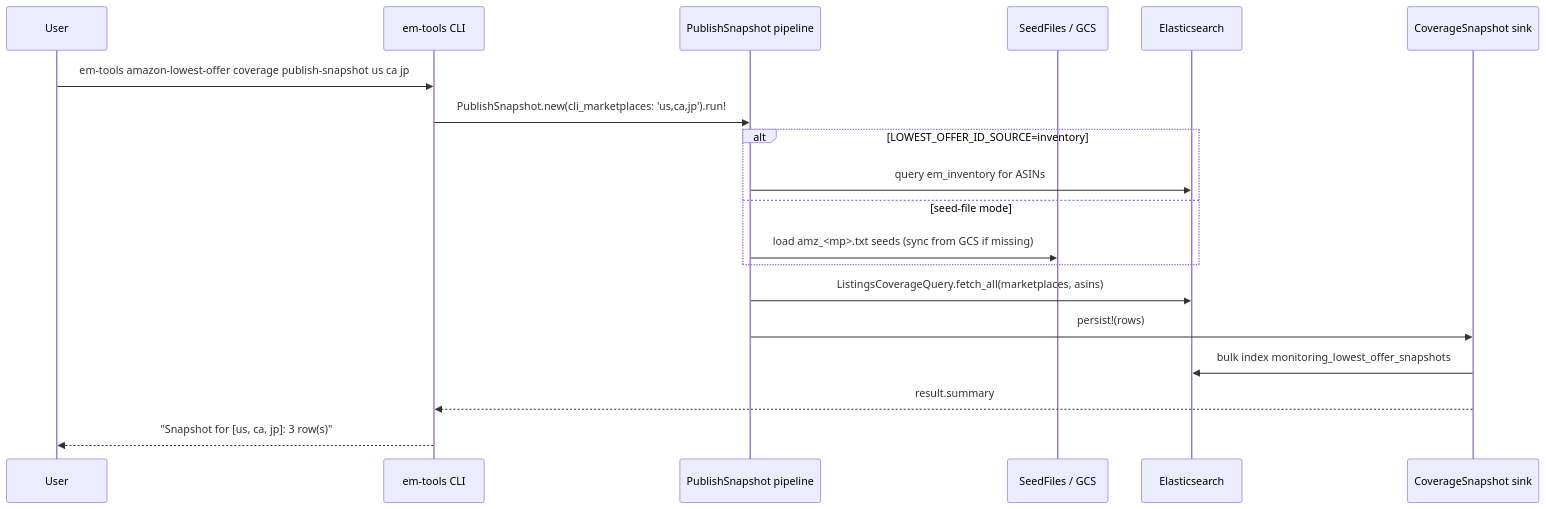
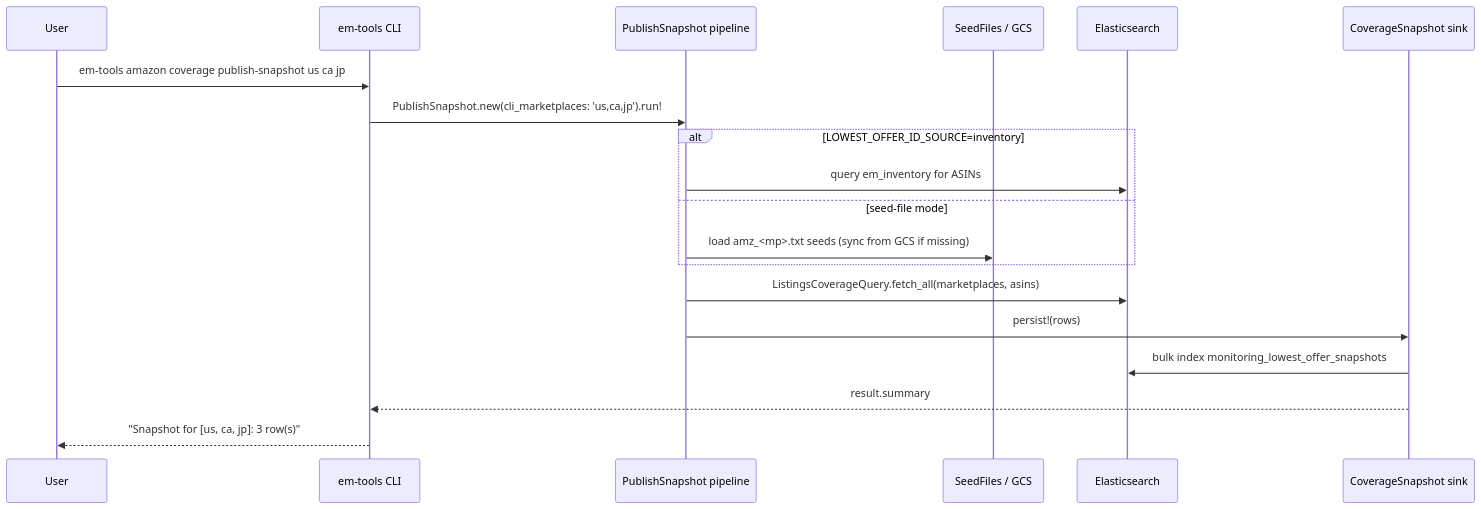
The third of 3 diagrams in docs/OVERVIEW.md (AriseshineSky/em-tools), drawn with Mermaid before and after one commit. The commit also changed other lines of this file and 184 other files, not shown here.

````diff
--- a/docs/OVERVIEW.md
+++ b/docs/OVERVIEW.md
@@ -143,22 +141,22 @@
 ```mermaid
 sequenceDiagram
     participant U as User
     participant CLI as em-tools CLI
     participant P as PublishSnapshot pipeline
     participant SF as SeedFiles / GCS
     participant ES as Elasticsearch
     participant SNK as CoverageSnapshot sink
 
-    U->>CLI: em-tools amazon-lowest-offer coverage publish-snapshot us ca jp
+    U->>CLI: em-tools amazon coverage publish-snapshot us ca jp
     CLI->>P: PublishSnapshot.new(cli_marketplaces: 'us,ca,jp').run!
     alt LOWEST_OFFER_ID_SOURCE=inventory
         P->>ES: query em_inventory for ASINs
     else seed-file mode
         P->>SF: load amz_<mp>.txt seeds (sync from GCS if missing)
     end
     P->>ES: ListingsCoverageQuery.fetch_all(marketplaces, asins)
     P->>SNK: persist!(rows)
     SNK->>ES: bulk index monitoring_lowest_offer_snapshots
     SNK-->>CLI: result.summary
     CLI-->>U: "Snapshot for [us, ca, jp]: 3 row(s)"
 ```
````
